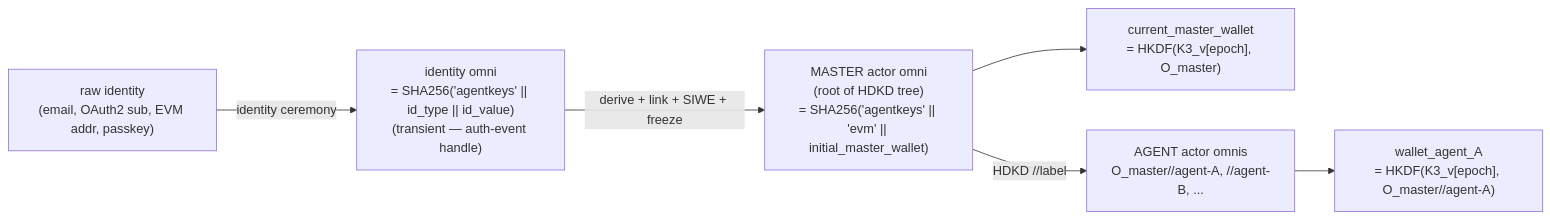
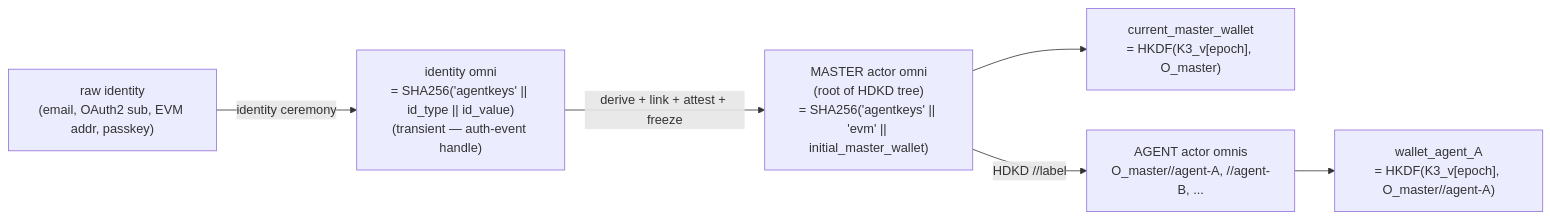
One commit to litentry/agent-terrier changed the third of 6 diagrams in docs/arch.md. Above: the diagram before and after it, drawn with Mermaid. The commit also changed other lines of this file and 2 other files, not shown here.

````diff
--- a/docs/arch.md
+++ b/docs/arch.md
@@ -266,15 +267,15 @@
 ```mermaid
 flowchart LR
   ID["raw identity<br/>(email, OAuth2 sub, EVM addr, passkey)"]
   ID_OMNI["identity omni<br/>= SHA256('agentkeys' || id_type || id_value)<br/>(transient — auth-event handle)"]
   M_OMNI["MASTER actor omni<br/>(root of HDKD tree)<br/>= SHA256('agentkeys' || 'evm' || initial_master_wallet)"]
   M_WALLET["current_master_wallet<br/>= HKDF(K3_v[epoch], O_master)"]
   A_OMNI["AGENT actor omnis<br/>O_master//agent-A, //agent-B, ..."]
   A_WALLET["wallet_agent_A<br/>= HKDF(K3_v[epoch], O_master//agent-A)"]
 
   ID -->|identity ceremony| ID_OMNI
-  ID_OMNI -->|derive + link + SIWE + freeze| M_OMNI
+  ID_OMNI -->|derive + link + attest + freeze| M_OMNI
   M_OMNI --> M_WALLET
   M_OMNI -->|HDKD //label| A_OMNI
   A_OMNI --> A_WALLET
 ```
````
